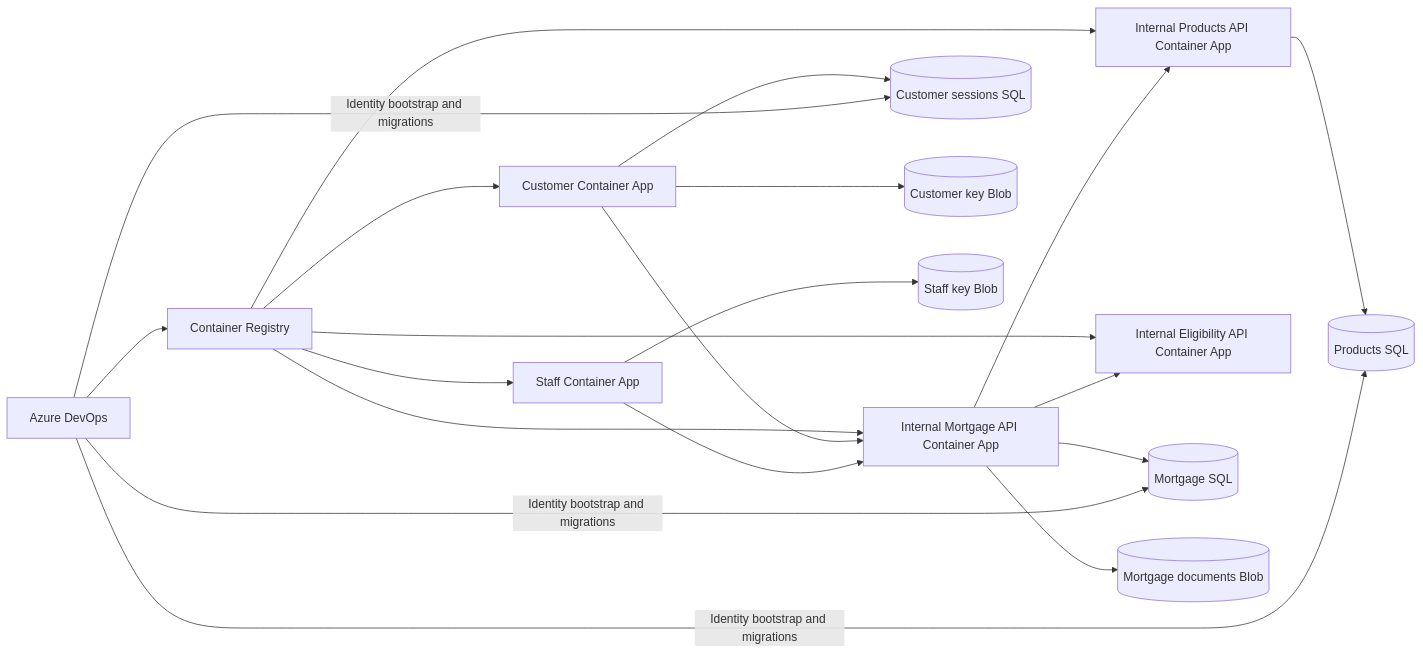
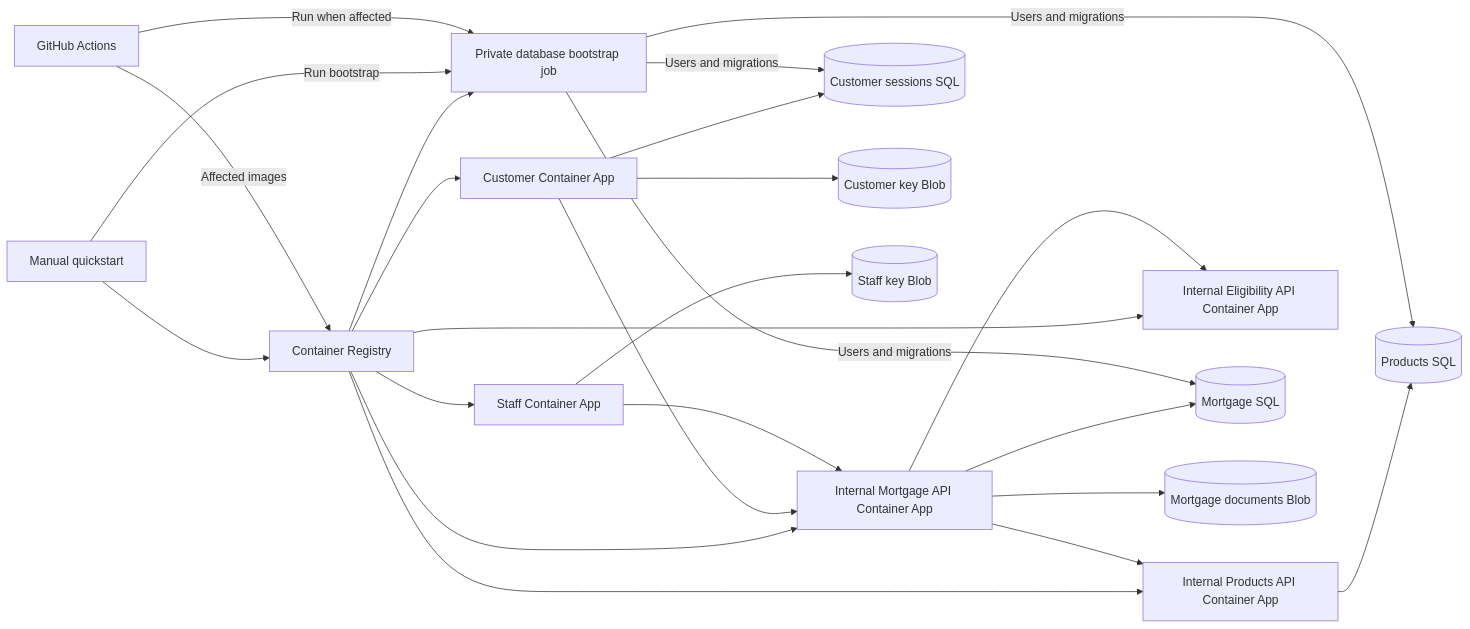
Before and after one commit to eyeballpaul/Mortgage-Processing-Application: the second of 2 diagrams in docs/architecture.md, drawn with Mermaid. The commit also changed other lines of this file and 15 other files, not shown here.

````diff
--- a/docs/architecture.md
+++ b/docs/architecture.md
@@ -55,22 +55,26 @@
 ```mermaid
 flowchart LR
-    Pipeline[Azure DevOps] --> Registry[Container Registry]
+    Quickstart[Manual quickstart] --> Registry[Container Registry]
+    Pipeline[GitHub Actions] -->|Affected images| Registry
     Registry --> Customer[Customer Container App]
     Registry --> Staff[Staff Container App]
     Registry --> API[Internal Mortgage API Container App]
     Registry --> Products[Internal Products API Container App]
     Registry --> Eligibility[Internal Eligibility API Container App]
     Customer --> Sessions[(Customer sessions SQL)]
     Customer --> API
     Staff --> API
     API --> Mortgage[(Mortgage SQL)]
     API --> Documents[(Mortgage documents Blob)]
     API --> Products
     API --> Eligibility
     Products --> ProductDb[(Products SQL)]
     Customer --> CustomerKeys[(Customer key Blob)]
     Staff --> StaffKeys[(Staff key Blob)]
-    Pipeline -->|Identity bootstrap and migrations| Mortgage
-    Pipeline -->|Identity bootstrap and migrations| Sessions
-    Pipeline -->|Identity bootstrap and migrations| ProductDb
+    Registry --> Bootstrap[Private database bootstrap job]
+    Quickstart -->|Run bootstrap| Bootstrap
+    Pipeline -->|Run when affected| Bootstrap
+    Bootstrap -->|Users and migrations| Mortgage
+    Bootstrap -->|Users and migrations| Sessions
+    Bootstrap -->|Users and migrations| ProductDb
 ```
````
